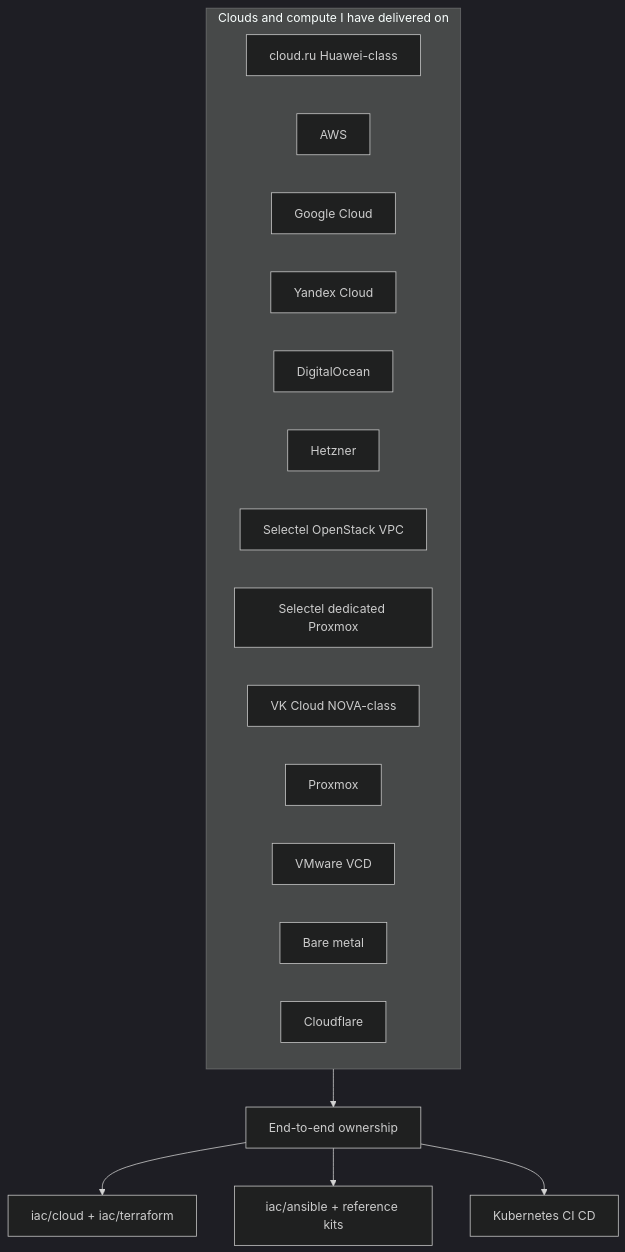
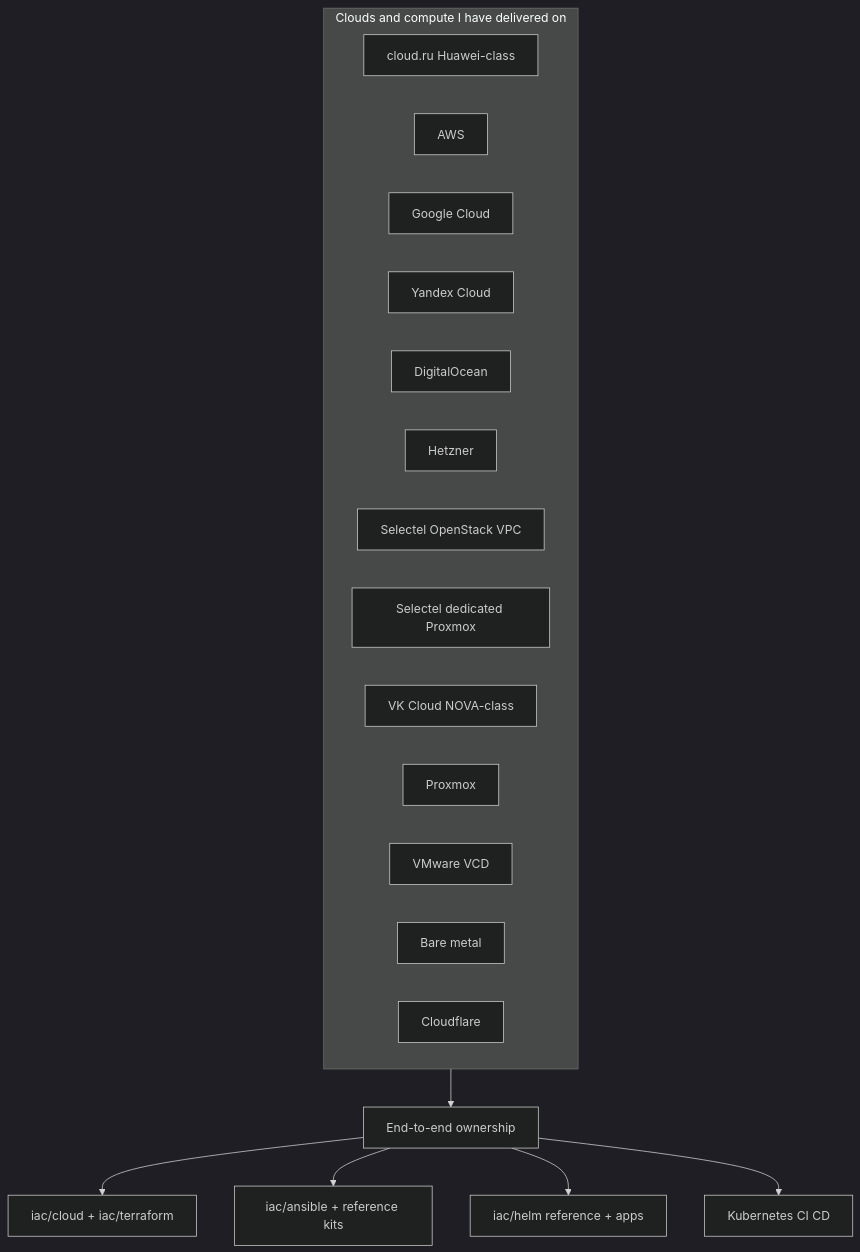
Before and after one commit to NarberallGamma/narberall-platform-engineer-lab: the first of 4 diagrams in README.md, drawn with Mermaid (dark theme). The commit also changed other lines of this file and 1166 other files, not shown here.

````diff
--- a/README.md
+++ b/README.md
@@ -81,22 +85,23 @@
 ```mermaid
 flowchart TB
   subgraph clouds [Clouds and compute I have delivered on]
     CR[cloud.ru Huawei-class]
     AWS[AWS]
     GCP[Google Cloud]
     YC[Yandex Cloud]
     DO[DigitalOcean]
     HZ[Hetzner]
     OS[Selectel OpenStack VPC]
     SELD[Selectel dedicated Proxmox]
     VK[VK Cloud NOVA-class]
     PX[Proxmox]
     VM[VMware VCD]
     BM[Bare metal]
     CF[Cloudflare]
   end
   clouds --> Own[End-to-end ownership]
   Own --> IaC[iac/cloud + iac/terraform]
   Own --> ANS[iac/ansible + reference kits]
+  Own --> Helm[iac/helm reference + apps]
   Own --> K8s[Kubernetes CI CD]
 ```
````
